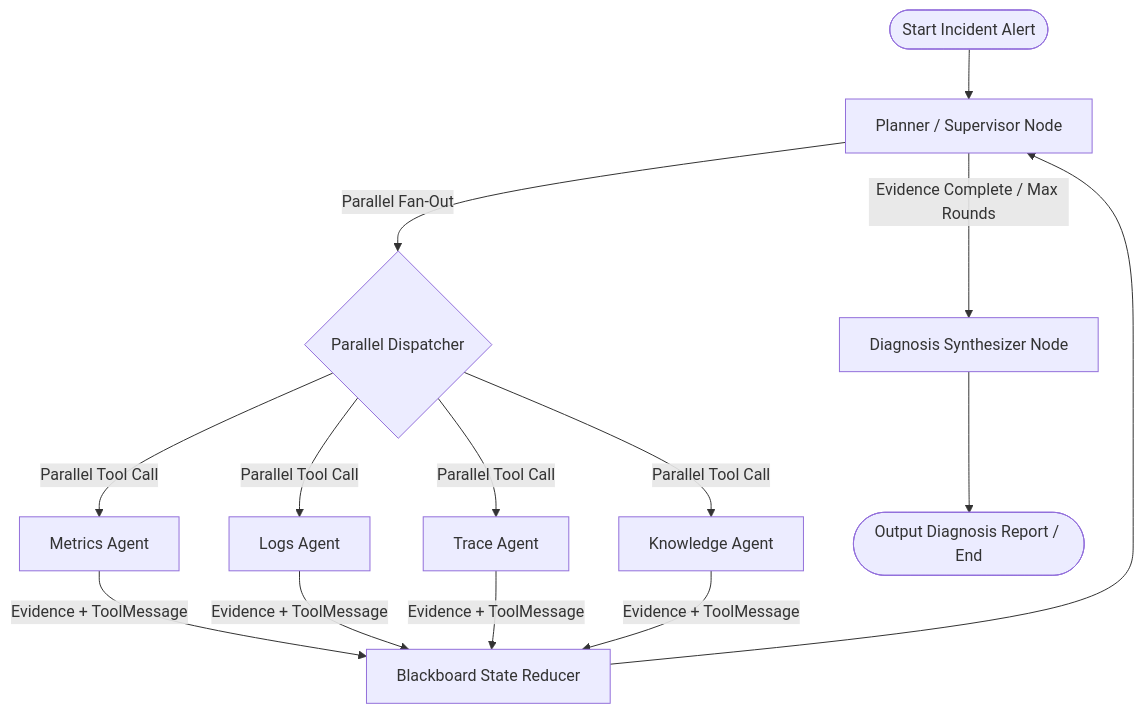
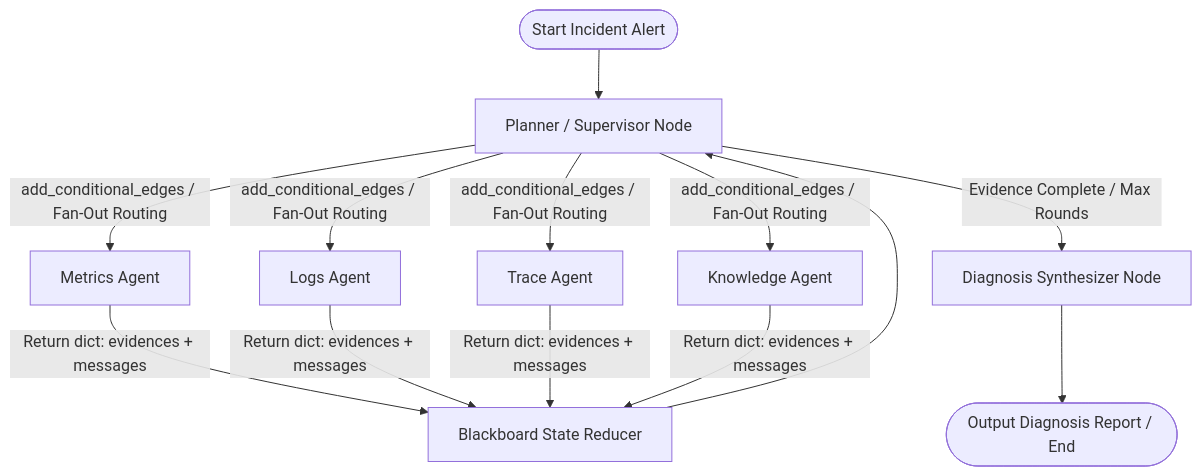
The diagram in docs/superpowers/specs/2026-07-24-langgraph-agent-runtime-design.md (toddlerya/Diting), drawn with Mermaid before and after one commit. The commit also changed other lines of this file, not shown here.

Commit message:
docs: refine Day 5 spec design with Node wrappers, Dispatcher clarification, and MockLLM strategy

````diff
--- a/docs/superpowers/specs/2026-07-24-langgraph-agent-runtime-design.md
+++ b/docs/superpowers/specs/2026-07-24-langgraph-agent-runtime-design.md
@@ -30,21 +30,19 @@
 ```mermaid
 graph TD
     Start([Start Incident Alert]) --> Supervisor[Planner / Supervisor Node]
     
-    Supervisor -->|Parallel Fan-Out| Dispatcher{Parallel Dispatcher}
+    Supervisor -->|add_conditional_edges / Fan-Out Routing| MetricsNode[Metrics Agent]
+    Supervisor -->|add_conditional_edges / Fan-Out Routing| LogsNode[Logs Agent]
+    Supervisor -->|add_conditional_edges / Fan-Out Routing| TraceNode[Trace Agent]
+    Supervisor -->|add_conditional_edges / Fan-Out Routing| KnowledgeNode[Knowledge Agent]
     
-    Dispatcher -->|Parallel Tool Call| MetricsNode[Metrics Agent]
-    Dispatcher -->|Parallel Tool Call| LogsNode[Logs Agent]
-    Dispatcher -->|Parallel Tool Call| TraceNode[Trace Agent]
-    Dispatcher -->|Parallel Tool Call| KnowledgeNode[Knowledge Agent]
-    
-    MetricsNode -->|Evidence + ToolMessage| Blackboard[Blackboard State Reducer]
-    LogsNode -->|Evidence + ToolMessage| Blackboard
-    TraceNode -->|Evidence + ToolMessage| Blackboard
-    KnowledgeNode -->|Evidence + ToolMessage| Blackboard
+    MetricsNode -->|Return dict: evidences + messages| Blackboard[Blackboard State Reducer]
+    LogsNode -->|Return dict: evidences + messages| Blackboard
+    TraceNode -->|Return dict: evidences + messages| Blackboard
+    KnowledgeNode -->|Return dict: evidences + messages| Blackboard
     
     Blackboard --> Supervisor
     
     Supervisor -->|Evidence Complete / Max Rounds| Synthesizer[Diagnosis Synthesizer Node]
     Synthesizer --> Finish([Output Diagnosis Report / End])
 ```
````
